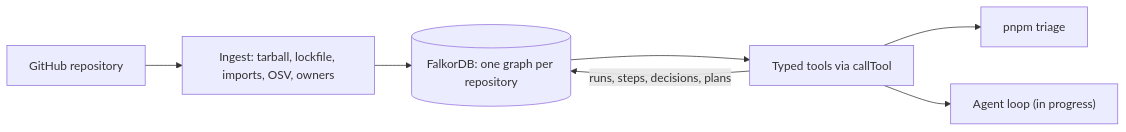
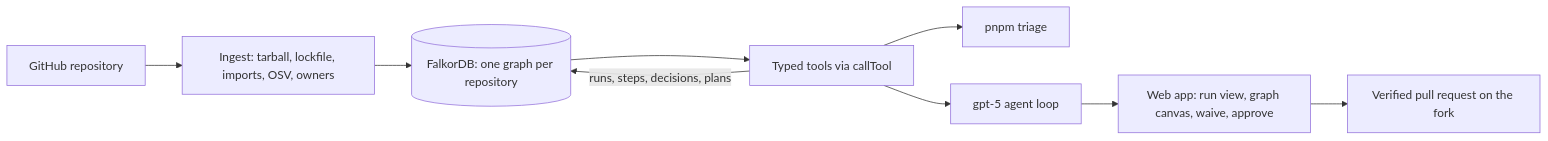
One commit to sakibalig/noderunner changed the first of 2 diagrams in README.md. Above: the diagram before and after it, drawn with Mermaid. The commit also changed other lines of this file and 7 other files, not shown here.

````diff
--- a/README.md
+++ b/README.md
@@ -97,9 +123,11 @@
 ```mermaid
 flowchart LR
     repo["GitHub repository"] --> ingest["Ingest: tarball, lockfile, imports, OSV, owners"]
     ingest --> db[("FalkorDB: one graph per repository")]
     db --> tools["Typed tools via callTool"]
     tools --> cli["pnpm triage"]
-    tools --> agent["Agent loop (in progress)"]
+    tools --> agent["gpt-5 agent loop"]
+    agent --> web["Web app: run view, graph canvas, waive, approve"]
+    web --> pr["Verified pull request on the fork"]
     tools -->|"runs, steps, decisions, plans"| db
 ```
````
